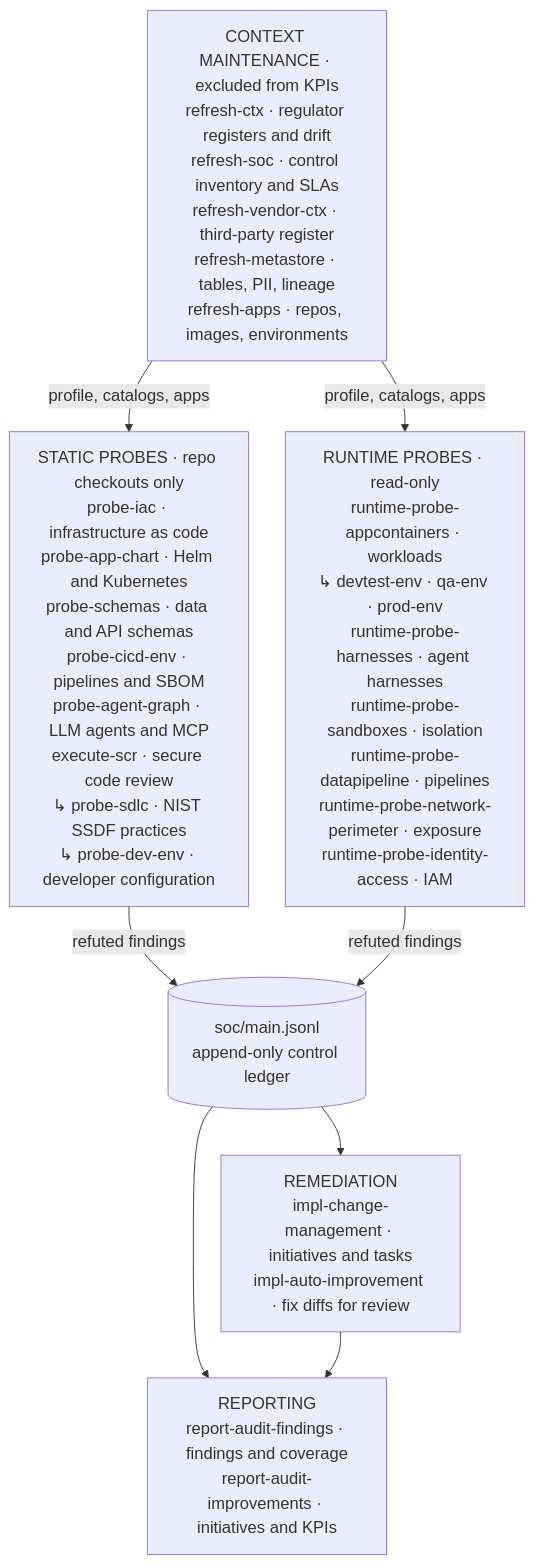
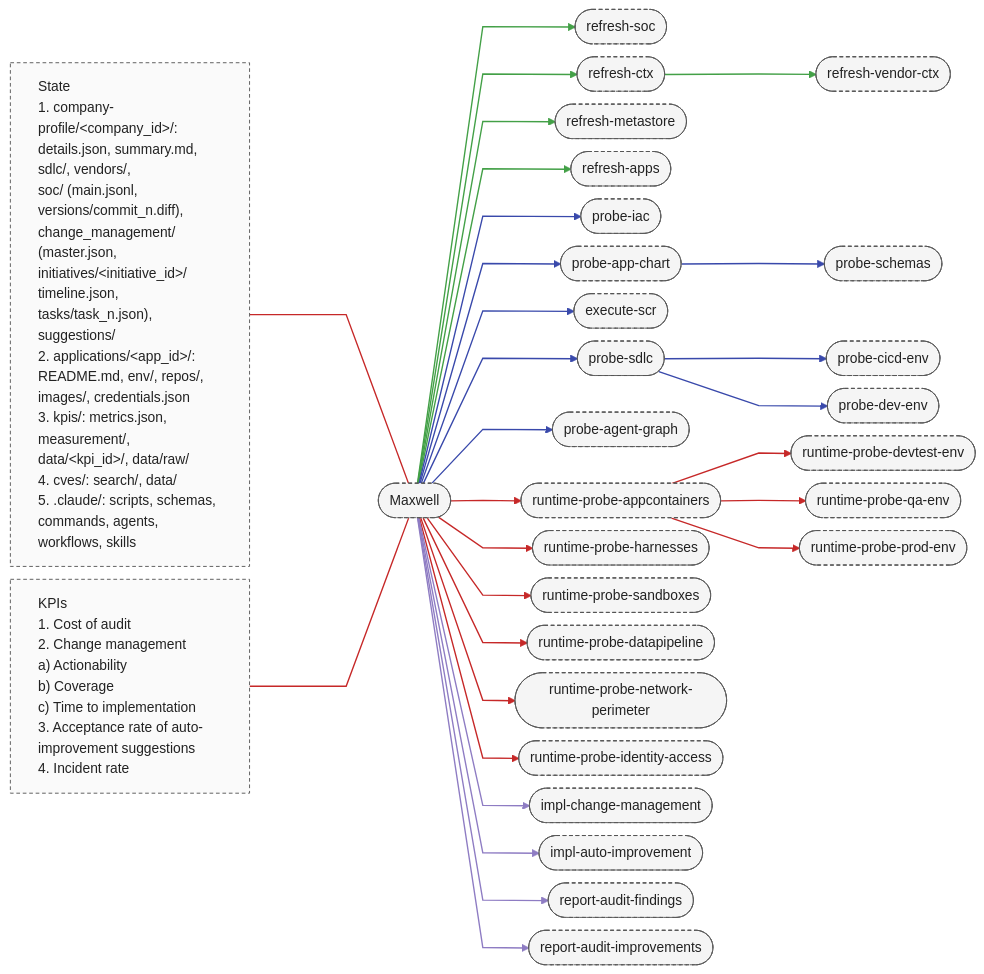
The second of 2 diagrams in README.md (OnFinance/Maxwell), drawn with Mermaid before and after one commit.

Commit message:
Redraw the README workflow diagram as a hub, following the reference sketch
Maxwell sits at the centre with color-coded arrows to each workflow family: green for context refresh, blue for
static probes, red for runtime probes, purple for implementation and reports. Second-level arrows follow the sketch
(refresh-ctx to refresh-vendor-ctx, probe-app-chart to probe-schemas, probe-sdlc to probe-cicd-env and probe-dev-env,
runtime-probe-appcontainers to its devtest, qa and prod variants), and the State and KPIs boxes hang off Maxwell on
the left. refresh-apps, probe-agent-graph and the two report workflows, added after the sketch, are included in the
matching colors.

````diff
--- a/README.md
+++ b/README.md
@@ -174,17 +174,69 @@
 ```mermaid
-%%{init: {"themeVariables": {"fontSize": "18px"}, "flowchart": {"nodeSpacing": 40, "rankSpacing": 50}}}%%
-flowchart TB
-  CTX["CONTEXT MAINTENANCE · excluded from KPIs<br/>refresh-ctx · regulator registers and drift<br/>refresh-soc · control inventory and SLAs<br/>refresh-vendor-ctx · third-party register<br/>refresh-metastore · tables, PII, lineage<br/>refresh-apps · repos, images, environments"]
-  STATIC["STATIC PROBES · repo checkouts only<br/>probe-iac · infrastructure as code<br/>probe-app-chart · Helm and Kubernetes<br/>probe-schemas · data and API schemas<br/>probe-cicd-env · pipelines and SBOM<br/>probe-agent-graph · LLM agents and MCP<br/>execute-scr · secure code review<br/>↳ probe-sdlc · NIST SSDF practices<br/>↳ probe-dev-env · developer configuration"]
-  RUNTIME["RUNTIME PROBES · read-only<br/>runtime-probe-appcontainers · workloads<br/>↳ devtest-env · qa-env · prod-env<br/>runtime-probe-harnesses · agent harnesses<br/>runtime-probe-sandboxes · isolation<br/>runtime-probe-datapipeline · pipelines<br/>runtime-probe-network-perimeter · exposure<br/>runtime-probe-identity-access · IAM"]
-  LEDGER[("soc/main.jsonl<br/>append-only control ledger")]
-  FIX["REMEDIATION<br/>impl-change-management · initiatives and tasks<br/>impl-auto-improvement · fix diffs for review"]
-  REPORT["REPORTING<br/>report-audit-findings · findings and coverage<br/>report-audit-improvements · initiatives and KPIs"]
-  CTX -- "profile, catalogs, apps" --> STATIC
-  CTX -- "profile, catalogs, apps" --> RUNTIME
-  STATIC -- "refuted findings" --> LEDGER
-  RUNTIME -- "refuted findings" --> LEDGER
-  LEDGER --> FIX
-  LEDGER --> REPORT
-  FIX --> REPORT
+%%{init: {"themeVariables": {"fontSize": "15px"}, "flowchart": {"nodeSpacing": 14, "rankSpacing": 70, "curve": "linear"}}}%%
+flowchart LR
+  STATE["State<br/>1. company-profile/#lt;company_id#gt;/: details.json, summary.md, sdlc/, vendors/,<br/>soc/ (main.jsonl, versions/commit_n.diff), change_management/ (master.json,<br/>initiatives/#lt;initiative_id#gt;/ timeline.json, tasks/task_n.json), suggestions/<br/>2. applications/#lt;app_id#gt;/: README.md, env/, repos/, images/, credentials.json<br/>3. kpis/: metrics.json, measurement/, data/#lt;kpi_id#gt;/, data/raw/<br/>4. cves/: search/, data/<br/>5. .claude/: scripts, schemas, commands, agents, workflows, skills"]
+  KPIS["KPIs<br/>1. Cost of audit<br/>2. Change management<br/>a) Actionability<br/>b) Coverage<br/>c) Time to implementation<br/>3. Acceptance rate of auto-improvement suggestions<br/>4. Incident rate"]
+  MX(["Maxwell"])
+  rsoc(["refresh-soc"])
+  rctx(["refresh-ctx"])
+  rven(["refresh-vendor-ctx"])
+  rmeta(["refresh-metastore"])
+  rapps(["refresh-apps"])
+  piac(["probe-iac"])
+  pchart(["probe-app-chart"])
+  pschema(["probe-schemas"])
+  scr(["execute-scr"])
+  psdlc(["probe-sdlc"])
+  pcicd(["probe-cicd-env"])
+  pdev(["probe-dev-env"])
+  pagent(["probe-agent-graph"])
+  rcont(["runtime-probe-appcontainers"])
+  rdev(["runtime-probe-devtest-env"])
+  rqa(["runtime-probe-qa-env"])
+  rprod(["runtime-probe-prod-env"])
+  rharn(["runtime-probe-harnesses"])
+  rsand(["runtime-probe-sandboxes"])
+  rpipe(["runtime-probe-datapipeline"])
+  rnet(["runtime-probe-network-perimeter"])
+  riam(["runtime-probe-identity-access"])
+  icm(["impl-change-management"])
+  iai(["impl-auto-improvement"])
+  raf(["report-audit-findings"])
+  rai(["report-audit-improvements"])
+  STATE <--- MX
+  KPIS <--- MX
+  MX --> rsoc
+  MX --> rctx
+  rctx --> rven
+  MX --> rmeta
+  MX --> rapps
+  MX --> piac
+  MX --> pchart
+  pchart --> pschema
+  MX --> scr
+  MX --> psdlc
+  psdlc --> pcicd
+  psdlc --> pdev
+  MX --> pagent
+  MX --> rcont
+  rcont --> rdev
+  rcont --> rqa
+  rcont --> rprod
+  MX --> rharn
+  MX --> rsand
+  MX --> rpipe
+  MX --> rnet
+  MX --> riam
+  MX --> icm
+  MX --> iai
+  MX --> raf
+  MX --> rai
+  linkStyle 0,1,15,16,17,18,19,20,21,22,23 stroke:#c62828,stroke-width:1.5px
+  linkStyle 2,3,4,5,6 stroke:#43a047,stroke-width:1.5px
+  linkStyle 7,8,9,10,11,12,13,14 stroke:#3949ab,stroke-width:1.5px
+  linkStyle 24,25,26,27 stroke:#8e7cc3,stroke-width:1.5px
+  classDef wf fill:#f5f5f5,stroke:#555,stroke-width:1px,stroke-dasharray:4 3,color:#222
+  classDef box fill:#fafafa,stroke:#555,stroke-width:1px,stroke-dasharray:4 3,color:#222,text-align:left
+  class MX,rsoc,rctx,rven,rmeta,rapps,piac,pchart,pschema,scr,psdlc,pcicd,pdev,pagent,rcont,rdev,rqa,rprod,rharn,rsand,rpipe,rnet,riam,icm,iai,raf,rai wf
+  class STATE,KPIS box
 ```
````
